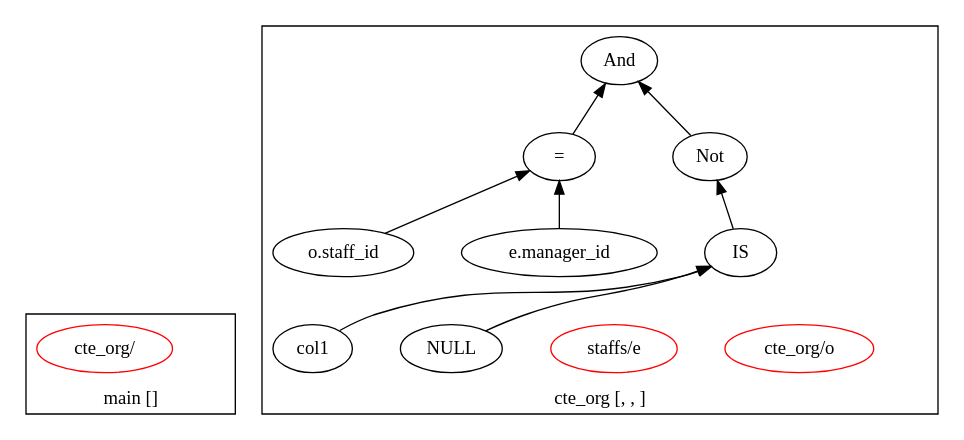
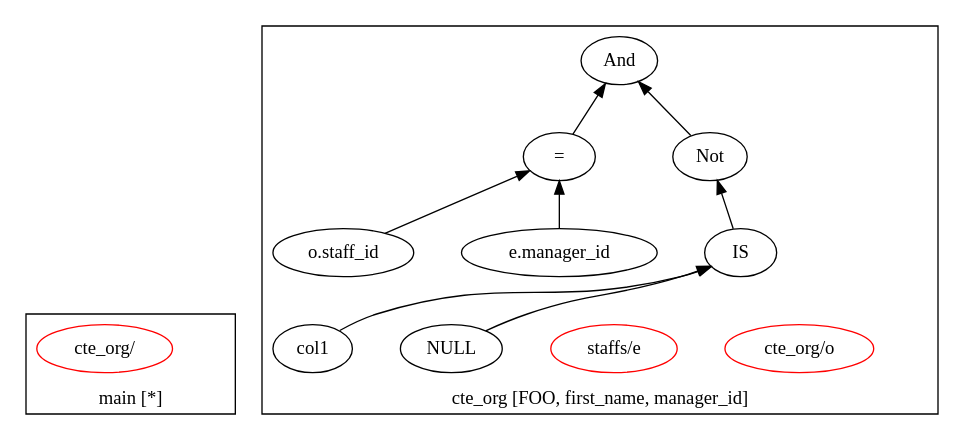
One commit to adarshpannu/kona changed the diagram in qgm.dot. Above: the diagram before and after it, drawn with Graphviz. The commit also changed 7 other files, not shown here.

```diff
--- a/qgm.dot
+++ b/qgm.dot
@@ -1,31 +1,31 @@
 digraph example1 {
     rankdir=BT;
     nodesep=0.5;
     ordering="in";
   subgraph cluster_main {
-    label = "main []";
+    label = "main [*]";
     "main_pt"[shape=point, color=white];
     "QUN_3"[label="cte_org/ ", color=red]
 }
   subgraph cluster_cte_org {
-    label = "cte_org [, , ]";
+    label = "cte_org [FOO, first_name, manager_id]";
     "cte_org_pt"[shape=point, color=white];
     "QUN_1"[label="cte_org/o ", color=red]
     "QUN_0"[label="staffs/e ", color=red]
     exprnode10[label="And"];
     exprnode5 -> exprnode10;
     exprnode5[label="="];
     exprnode3 -> exprnode5;
     exprnode3[label="o.staff_id"];
     exprnode4 -> exprnode5;
     exprnode4[label="e.manager_id"];
     exprnode9 -> exprnode10;
     exprnode9[label="Not"];
     exprnode8 -> exprnode9;
     exprnode8[label="IS"];
     exprnode6 -> exprnode8;
     exprnode6[label="col1"];
     exprnode7 -> exprnode8;
     exprnode7[label="NULL"];
 }
 }
```
